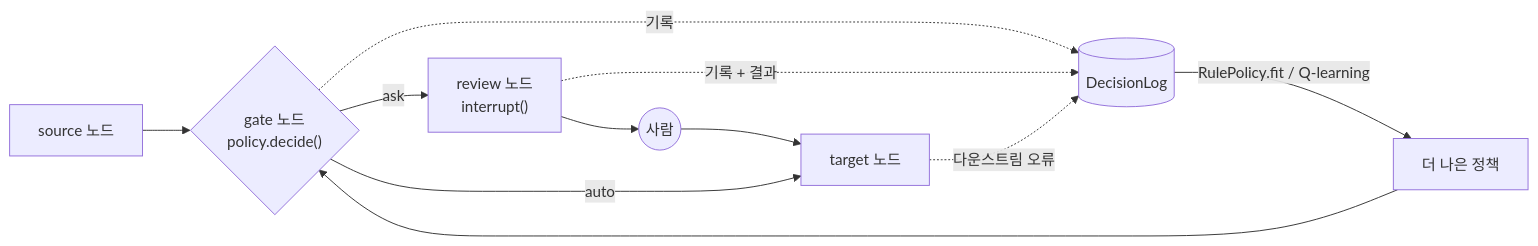
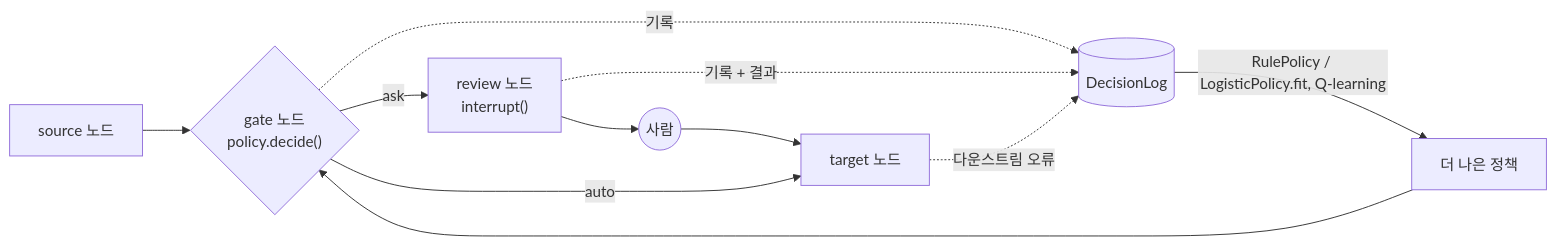
The diagram in README.ko.md (doertail/hitl-gate), drawn with Mermaid before and after one commit. The commit also changed other lines of this file and 8 other files, not shown here.

Commit message:
Add LogisticPolicy: per-item error probability with a cost threshold, pooled across gates (0.3.0)

````diff
--- a/README.ko.md
+++ b/README.ko.md
@@ -121,10 +122,10 @@
 ```mermaid
 flowchart LR
     S[source 노드] --> G{"gate 노드<br/>policy.decide()"}
     G -- ask --> R["review 노드<br/>interrupt()"] --> H((사람)) --> T[target 노드]
     G -- auto --> T
     G -. 기록 .-> L[(DecisionLog)]
     R -. 기록 + 결과 .-> L
     T -. 다운스트림 오류 .-> L
-    L -- RulePolicy.fit / Q-learning --> P[더 나은 정책] --> G
+    L -- RulePolicy / LogisticPolicy.fit, Q-learning --> P[더 나은 정책] --> G
 ```
````
